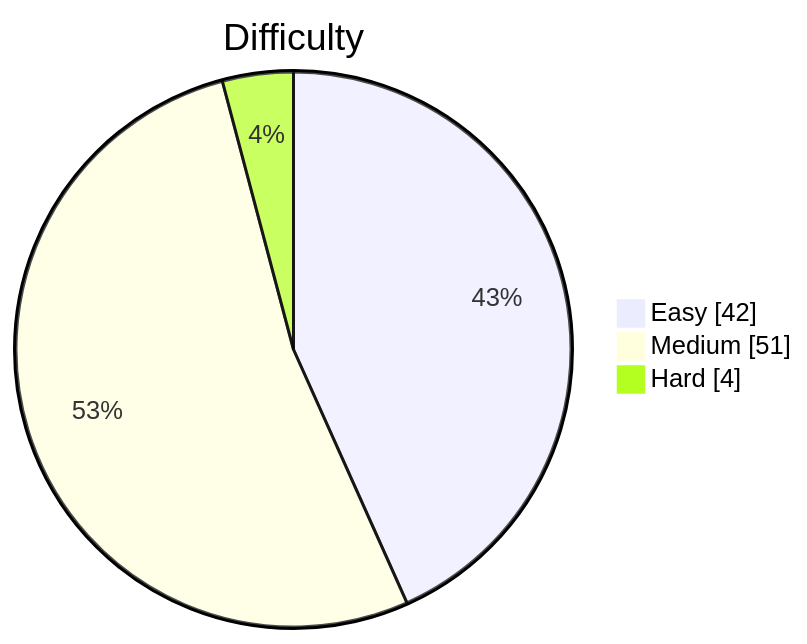
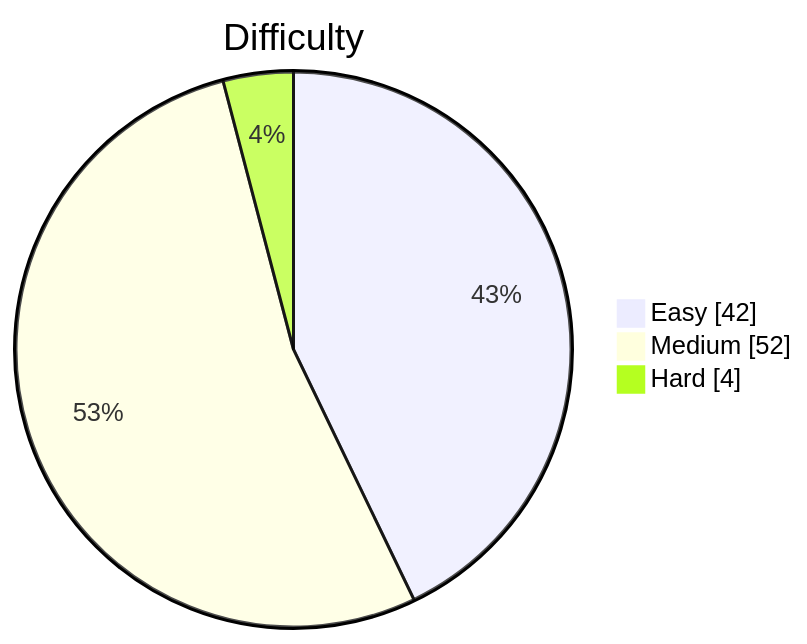
Before and after one commit to kevstevie/python-algo-practice: the diagram in README.md, drawn with Mermaid. The commit also changed other lines of this file, not shown here.

````diff
--- a/README.md
+++ b/README.md
@@ -13,7 +13,7 @@
 ```mermaid
 pie showData
     title Difficulty
     "Easy"   : 42
-    "Medium" : 51
+    "Medium" : 52
     "Hard"   : 4
 ```
````
